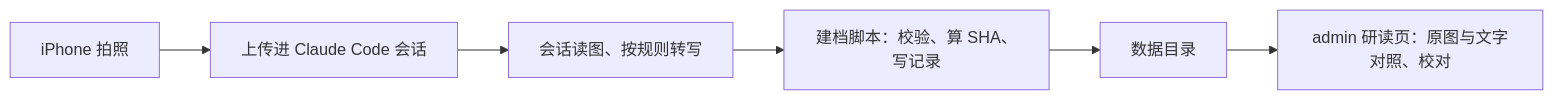
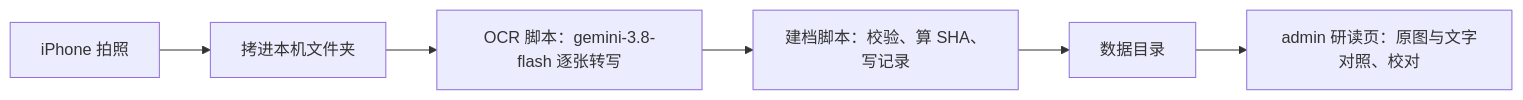
Before and after one commit to junyang168/smart-answer: the diagram in docs/wang-knowledge-platform/60-reference-commentary/reference_commentary_solution_v1.md, drawn with Mermaid. The commit also changed other lines of this file, not shown here.

First line of the commit message:
docs(wang): OCR reference commentary with gemini-3.8-flash

````diff
--- a/docs/wang-knowledge-platform/60-reference-commentary/reference_commentary_solution_v1.md
+++ b/docs/wang-knowledge-platform/60-reference-commentary/reference_commentary_solution_v1.md
@@ -83,8 +84,8 @@
 ```mermaid
 flowchart LR
-    PHOTO["iPhone 拍照"] --> UPLOAD["上传进 Claude Code 会话"]
-    UPLOAD --> READ["会话读图、按规则转写"]
+    PHOTO["iPhone 拍照"] --> UPLOAD["拷进本机文件夹"]
+    UPLOAD --> READ["OCR 脚本：gemini-3.8-flash 逐张转写"]
     READ --> FILE["建档脚本：校验、算 SHA、写记录"]
     FILE --> STORE["数据目录"]
     STORE --> VIEW["admin 研读页：原图与文字对照、校对"]
 ```
````
